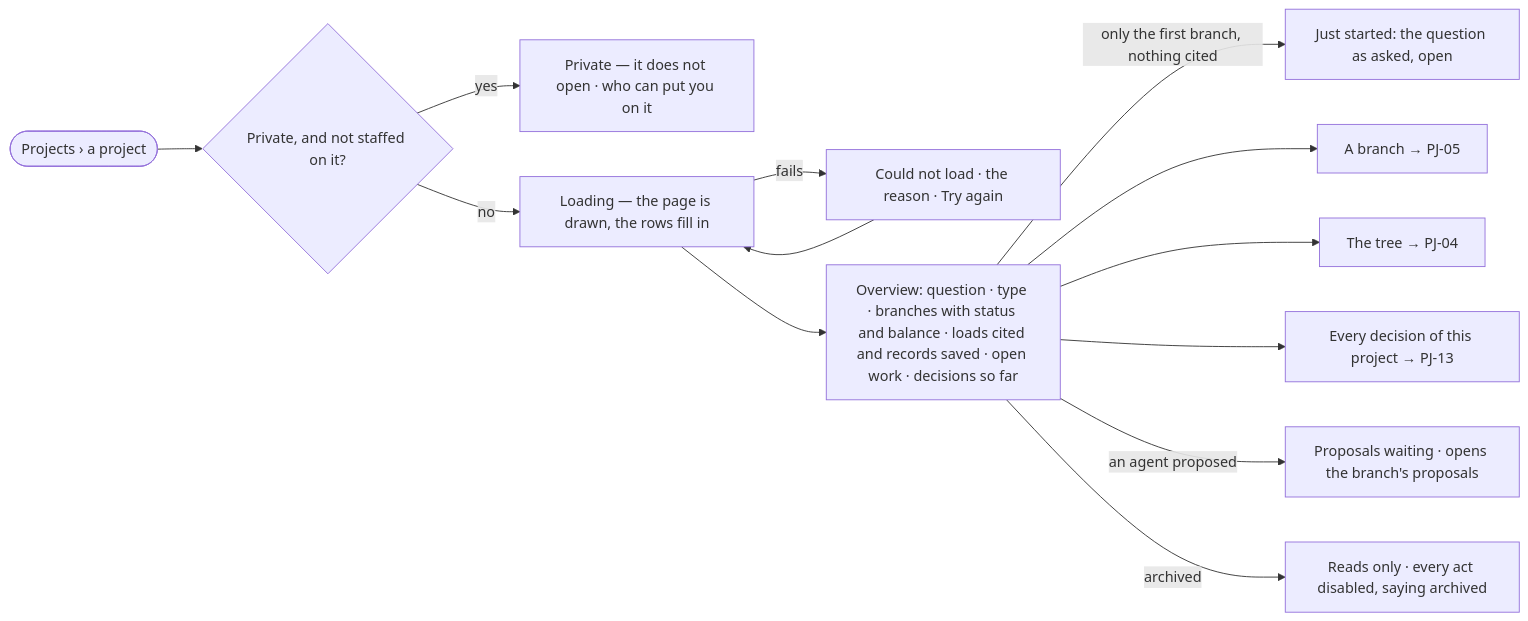
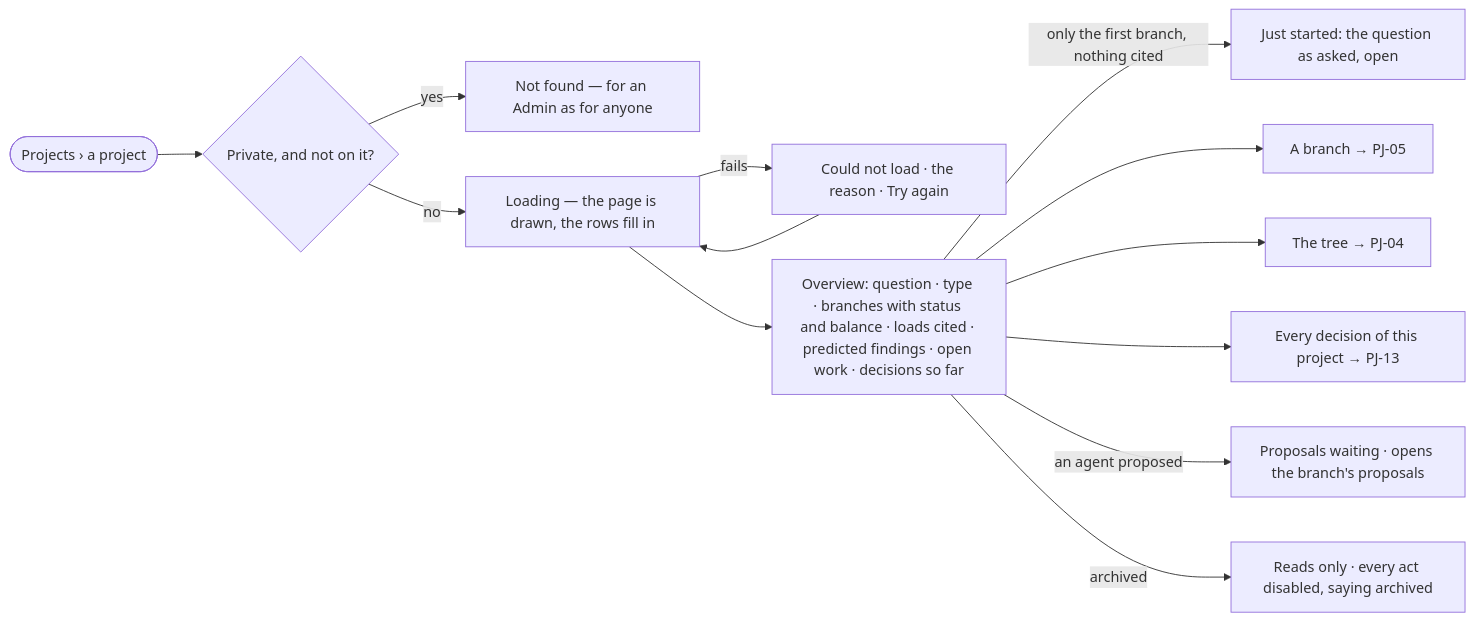
Before and after one commit to invana/invana: the diagram in specs/capabilities/projects/features/PJ-F03-branches-findings-and-decisions/stories/PJ-03-see-where-a-project-stands/story.md, drawn with Mermaid. The commit also changed other lines of this file and 522 other files, not shown here.

````diff
--- a/specs/capabilities/projects/features/PJ-F03-branches-findings-and-decisions/stories/PJ-03-see-where-a-project-stands/story.md
+++ b/specs/capabilities/projects/features/PJ-F03-branches-findings-and-decisions/stories/PJ-03-see-where-a-project-stands/story.md
@@ -26,14 +29,14 @@
 ```mermaid
 flowchart LR
-  s([Projects › a project]) --> pv{"Private, and not staffed on it?"}
-  pv -->|yes| pr["Private — it does not open · who can put you on it"]
+  s([Projects › a project]) --> pv{"Private, and not on it?"}
+  pv -->|yes| pr["Not found — for an Admin as for anyone"]
   pv -->|no| load["Loading — the page is drawn, the rows fill in"]
   load -->|fails| f["Could not load · the reason · Try again"] --> load
-  load --> o["Overview: question · type · branches with status and balance · loads cited and records saved · open work · decisions so far"]
+  load --> o["Overview: question · type · branches with status and balance · loads cited · predicted findings · open work · decisions so far"]
   o -->|only the first branch, nothing cited| j["Just started: the question as asked, open"]
   o --> b["A branch → PJ-05"]
   o --> t["The tree → PJ-04"]
   o --> d["Every decision of this project → PJ-13"]
   o -->|an agent proposed| p["Proposals waiting · opens the branch's proposals"]
   o -->|archived| a["Reads only · every act disabled, saying archived"]
 ```
````
